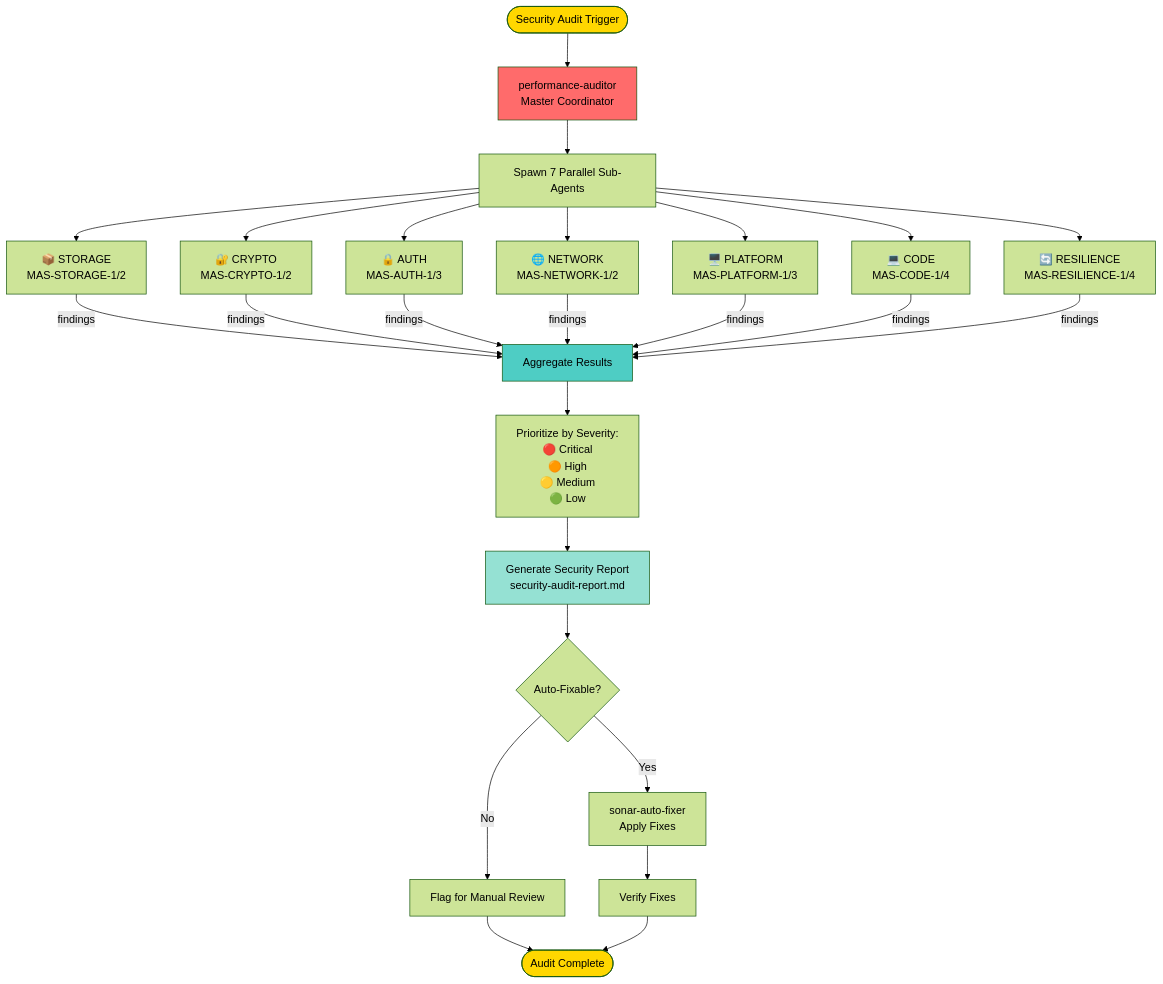
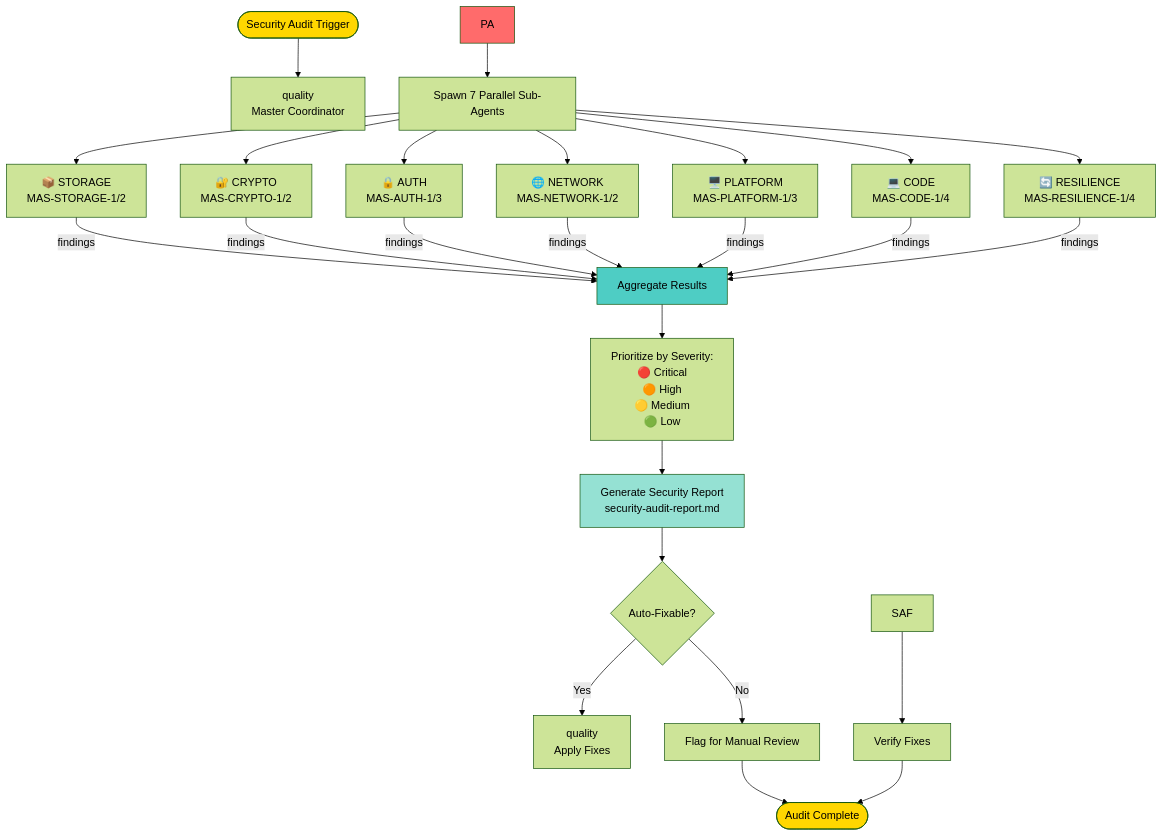
Before and after one commit to eugenioduarte/FUSE: the seventh of 10 diagrams in .ai/docs/architecture.md, drawn with Mermaid (forest theme). The commit also changed other lines of this file and 40 other files, not shown here.

````diff
--- a/.ai/docs/architecture.md
+++ b/.ai/docs/architecture.md
@@ -445,41 +428,41 @@
 ```mermaid
 flowchart TB
-    Trigger([Security Audit Trigger]) --> PA[performance-auditor<br/>Master Coordinator]
+    Trigger([Security Audit Trigger]) --> QL[quality<br/>Master Coordinator]
 
     PA --> Spawn[Spawn 7 Parallel Sub-Agents]
 
     Spawn --> S1[📦 STORAGE<br/>MAS-STORAGE-1/2]
     Spawn --> S2[🔐 CRYPTO<br/>MAS-CRYPTO-1/2]
     Spawn --> S3[🔒 AUTH<br/>MAS-AUTH-1/3]
     Spawn --> S4[🌐 NETWORK<br/>MAS-NETWORK-1/2]
     Spawn --> S5[🖥️ PLATFORM<br/>MAS-PLATFORM-1/3]
     Spawn --> S6[💻 CODE<br/>MAS-CODE-1/4]
     Spawn --> S7[🔄 RESILIENCE<br/>MAS-RESILIENCE-1/4]
 
     S1 --> |findings| Aggregate[Aggregate Results]
     S2 --> |findings| Aggregate
     S3 --> |findings| Aggregate
     S4 --> |findings| Aggregate
     S5 --> |findings| Aggregate
     S6 --> |findings| Aggregate
     S7 --> |findings| Aggregate
 
     Aggregate --> Prioritize[Prioritize by Severity:<br/>🔴 Critical<br/>🟠 High<br/>🟡 Medium<br/>🟢 Low]
 
     Prioritize --> Report[Generate Security Report<br/>security-audit-report.md]
 
     Report --> AutoFix{Auto-Fixable?}
 
-    AutoFix -->|Yes| SAF[sonar-auto-fixer<br/>Apply Fixes]
+    AutoFix -->|Yes| QL2[quality<br/>Apply Fixes]
     AutoFix -->|No| Manual[Flag for Manual Review]
 
     SAF --> Verify[Verify Fixes]
     Manual --> End([Audit Complete])
     Verify --> End
 
     style Trigger fill:#FFD700
     style PA fill:#FF6B6B
     style Aggregate fill:#4ECDC4
     style Report fill:#95E1D3
     style End fill:#FFD700
 ```
````
